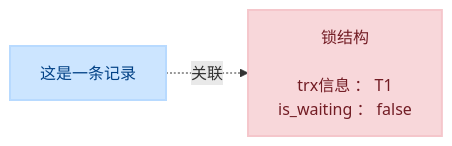
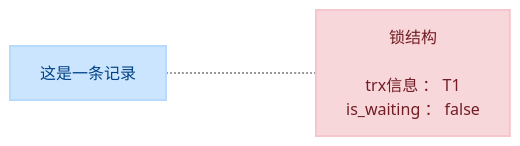
The second of 11 diagrams in MySql/27.锁.md (hhuabin/note), drawn with Mermaid before and after one commit. The commit also changed other lines of this file and 4 other files, not shown here.

````diff
--- a/MySql/27.锁.md
+++ b/MySql/27.锁.md
@@ -30,15 +30,15 @@
 ```mermaid
 flowchart LR
     %% 定义记录节点
     Record["这是一条记录"]
 
     %% 定义锁结构节点，纯文本排版（无边框、无背景色）
     LockStruct["锁结构<br/><br/>trx信息 ： T1<br/>is_waiting ： false"]
 
     %% 建立关联
-    Record -.->|关联| LockStruct
+    Record -...- LockStruct
 
     %% 样式定义
     style Record fill:#cce5ff,stroke:#b8daff,stroke-width:2px,color:#004085
     style LockStruct fill:#f8d7da,stroke:#f5c6cb,stroke-width:2px,color:#721c24
 ```
````
